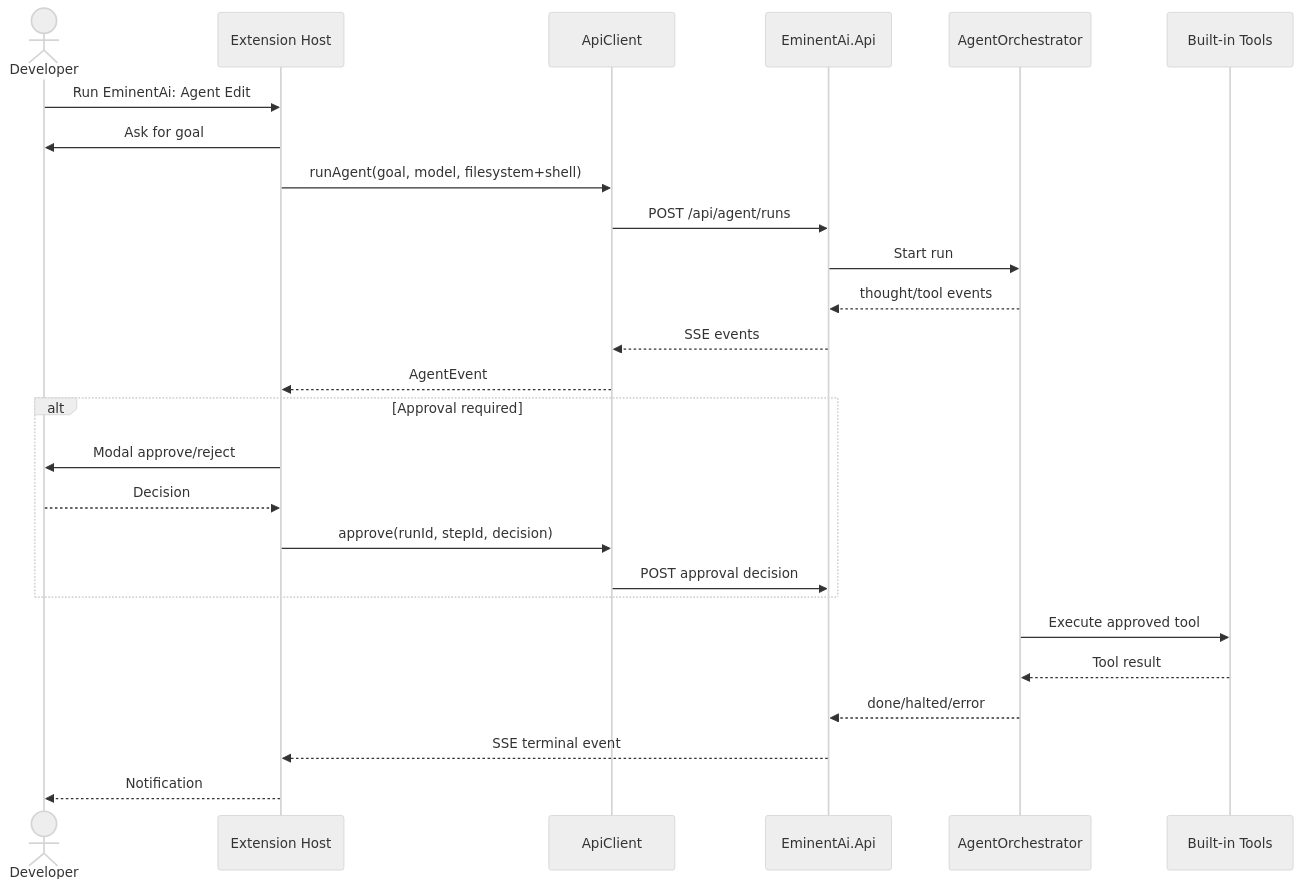
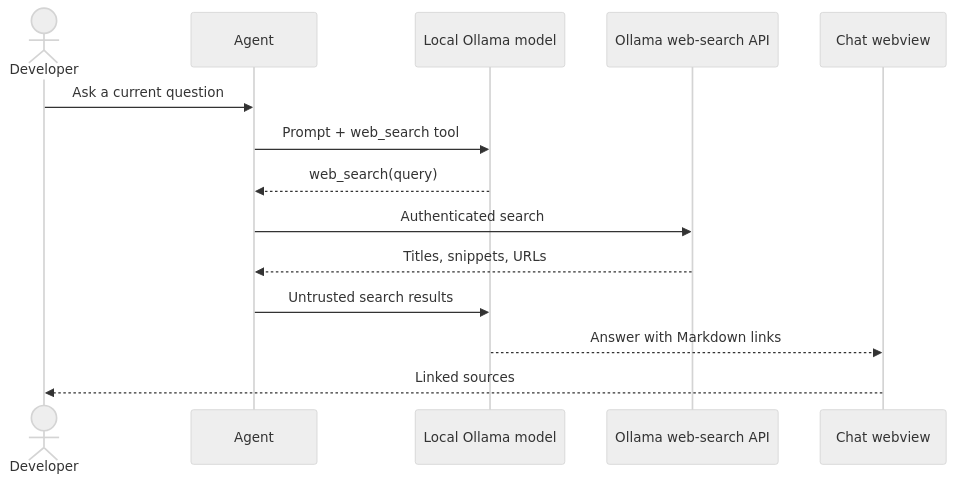
Before and after one commit to ekanatha-urivakili/EminentAiAgent: the fifth of 5 diagrams in VS_CODE_EXTENSION.md, drawn with Mermaid (neutral theme). The commit also changed other lines of this file and 45 other files, not shown here.

````diff
--- a/VS_CODE_EXTENSION.md
+++ b/VS_CODE_EXTENSION.md
@@ -163,29 +166,17 @@
 ```mermaid
 sequenceDiagram
-    actor Dev as Developer
-    participant Ext as Extension Host
-    participant Api as ApiClient
-    participant Backend as EminentAi.Api
-    participant Agent as AgentOrchestrator
-    participant Tools as Built-in Tools
+    actor Developer
+    participant Agent
+    participant Ollama as Local Ollama model
+    participant Search as Ollama web-search API
+    participant WV as Chat webview
 
-    Dev->>Ext: Run EminentAi: Agent Edit
-    Ext->>Dev: Ask for goal
-    Ext->>Api: runAgent(goal, model, filesystem+shell)
-    Api->>Backend: POST /api/agent/runs
-    Backend->>Agent: Start run
-    Agent-->>Backend: thought/tool events
-    Backend-->>Api: SSE events
-    Api-->>Ext: AgentEvent
-    alt Approval required
-        Ext->>Dev: Modal approve/reject
-        Dev-->>Ext: Decision
-        Ext->>Api: approve(runId, stepId, decision)
-        Api->>Backend: POST approval decision
-    end
-    Agent->>Tools: Execute approved tool
-    Tools-->>Agent: Tool result
-    Agent-->>Backend: done/halted/error
-    Backend-->>Ext: SSE terminal event
-    Ext-->>Dev: Notification
+    Developer->>Agent: Ask a current question
+    Agent->>Ollama: Prompt + web_search tool
+    Ollama-->>Agent: web_search(query)
+    Agent->>Search: Authenticated search
+    Search-->>Agent: Titles, snippets, URLs
+    Agent->>Ollama: Untrusted search results
+    Ollama-->>WV: Answer with Markdown links
+    WV-->>Developer: Linked sources
 ```
````
